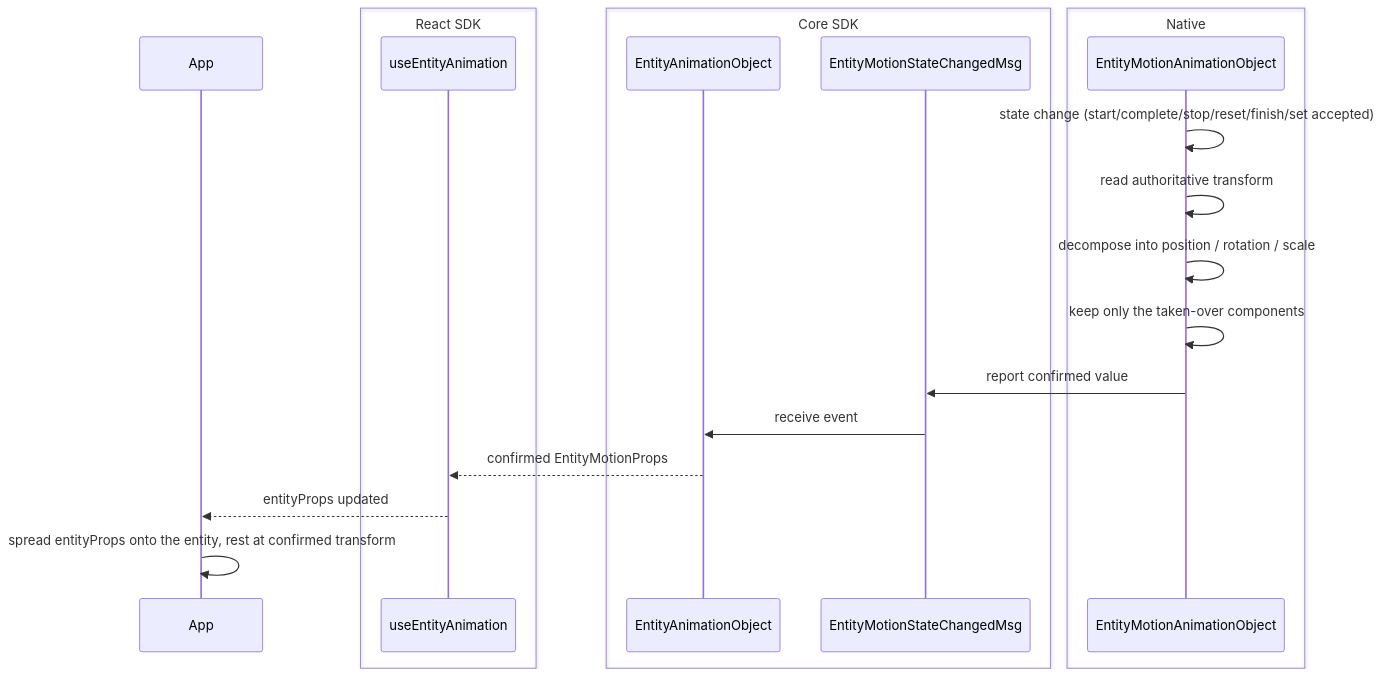
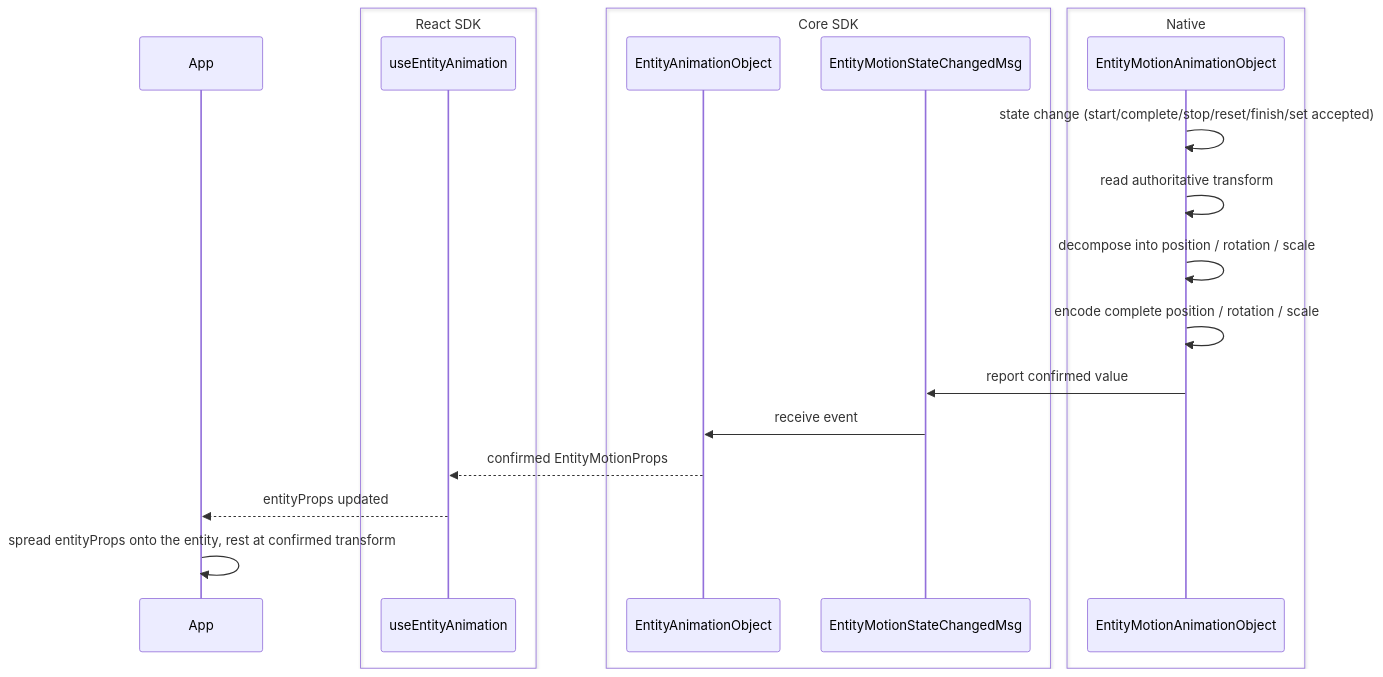
One commit to webspatial/webspatial-sdk changed the fourth of 14 diagrams in openspec/changes/redesign-entity-motion-api/design.md. Above: the diagram before and after it, drawn with Mermaid. The commit also changed other lines of this file and 7 other files, not shown here.

````diff
--- a/openspec/changes/redesign-entity-motion-api/design.md
+++ b/openspec/changes/redesign-entity-motion-api/design.md
@@ -351,24 +351,24 @@
 ```mermaid
 sequenceDiagram
     participant App
     box React SDK
         participant Hook as useEntityAnimation
     end
     box Core SDK
         participant Obj as EntityAnimationObject
         participant Event as EntityMotionStateChangedMsg
     end
     box Native
         participant NativeObj as EntityMotionAnimationObject
     end
 
     NativeObj->>NativeObj: state change (start/complete/stop/reset/finish/set accepted)
     NativeObj->>NativeObj: read authoritative transform
     NativeObj->>NativeObj: decompose into position / rotation / scale
-    NativeObj->>NativeObj: keep only the taken-over components
+    NativeObj->>NativeObj: encode complete position / rotation / scale
     NativeObj->>Event: report confirmed value
     Event->>Obj: receive event
     Obj-->>Hook: confirmed EntityMotionProps
     Hook-->>App: entityProps updated
     App->>App: spread entityProps onto the entity, rest at confirmed transform
 ```
````
